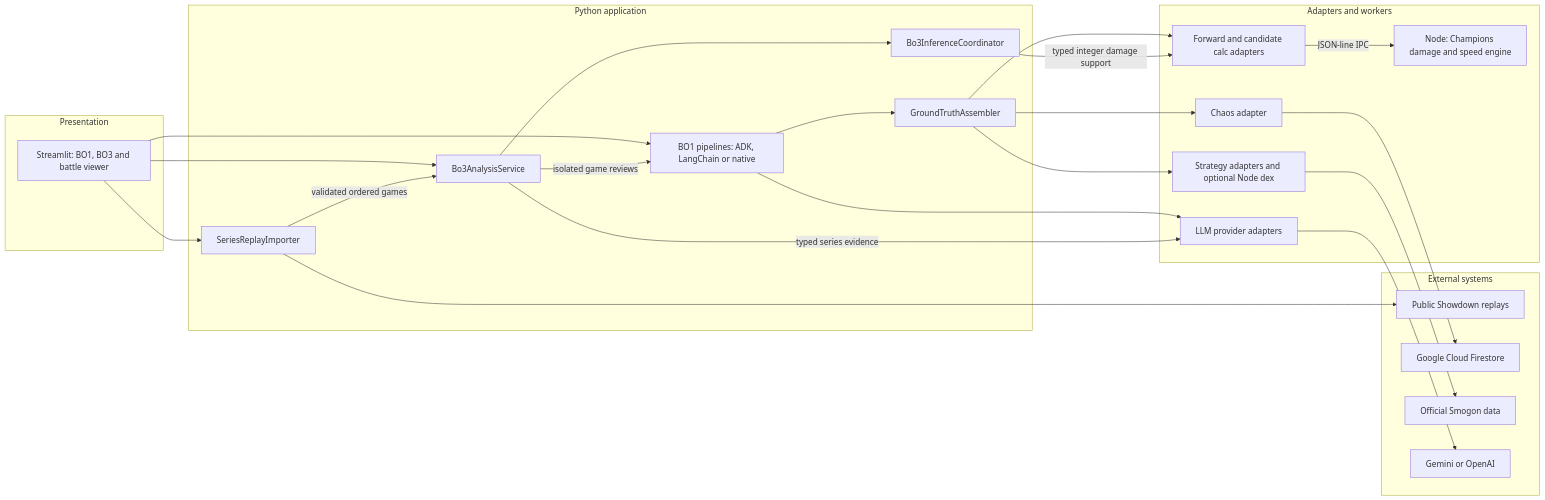
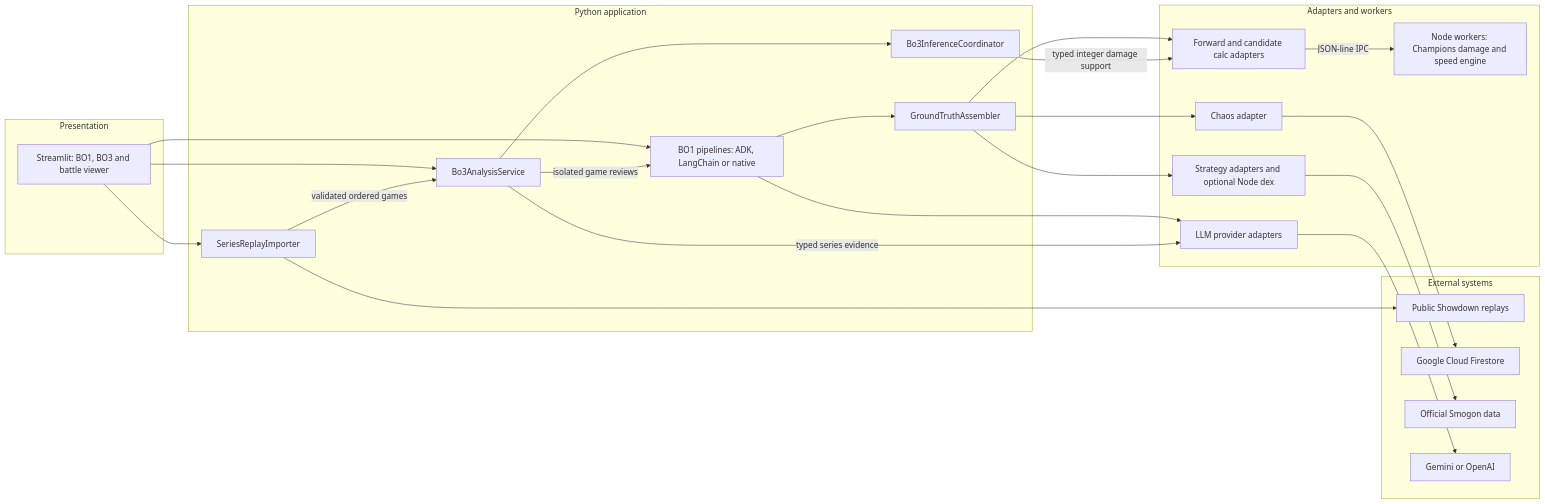
The first of 4 diagrams in docs/architecture.md (Huarada/professor-VGC), drawn with Mermaid before and after one commit. The commit also changed other lines of this file and 54 other files, not shown here.

````diff
--- a/docs/architecture.md
+++ b/docs/architecture.md
@@ -13,44 +13,44 @@
 ```mermaid
 flowchart LR
     subgraph presentation ["Presentation"]
         ui["Streamlit: BO1, BO3 and battle viewer"]
     end
     subgraph application ["Python application"]
         importer["SeriesReplayImporter"]
         series["Bo3AnalysisService"]
         single["BO1 pipelines: ADK, LangChain or native"]
         evidence["GroundTruthAssembler"]
         inverse["Bo3InferenceCoordinator"]
     end
     subgraph infrastructure ["Adapters and workers"]
         calc["Forward and candidate calc adapters"]
-        worker["Node: Champions damage and speed engine"]
+        worker["Node workers: Champions damage and speed engine"]
         meta["Chaos adapter"]
         strategy["Strategy adapters and optional Node dex"]
         provider["LLM provider adapters"]
     end
     subgraph external ["External systems"]
         showdown["Public Showdown replays"]
         firestore["Google Cloud Firestore"]
         smogon["Official Smogon data"]
         llm["Gemini or OpenAI"]
     end
     ui --> importer
     importer --> showdown
     ui --> single
     ui --> series
     importer -->|"validated ordered games"| series
     series -->|"isolated game reviews"| single
     series --> inverse
     single --> evidence
     evidence --> calc
     evidence --> meta
     evidence --> strategy
     inverse -->|"typed integer damage support"| calc
     calc -->|"JSON-line IPC"| worker
     meta --> firestore
     strategy --> smogon
     single --> provider
     series -->|"typed series evidence"| provider
     provider --> llm
 ```
````
